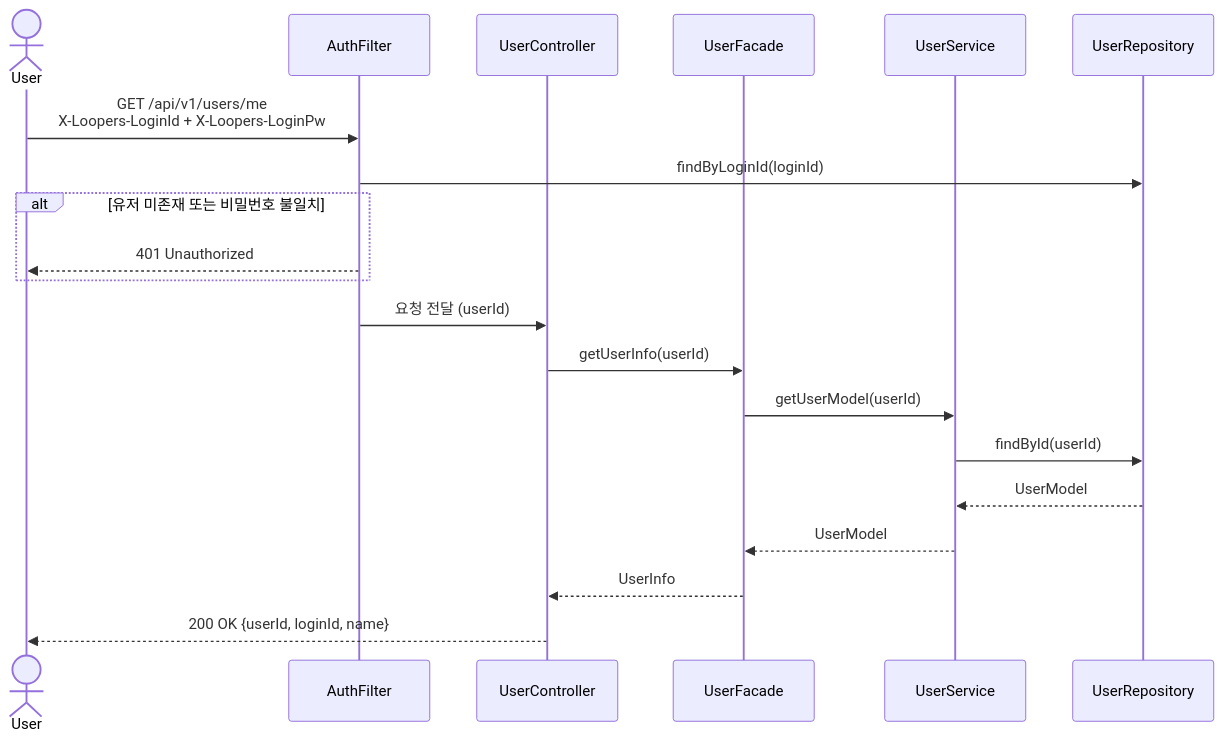
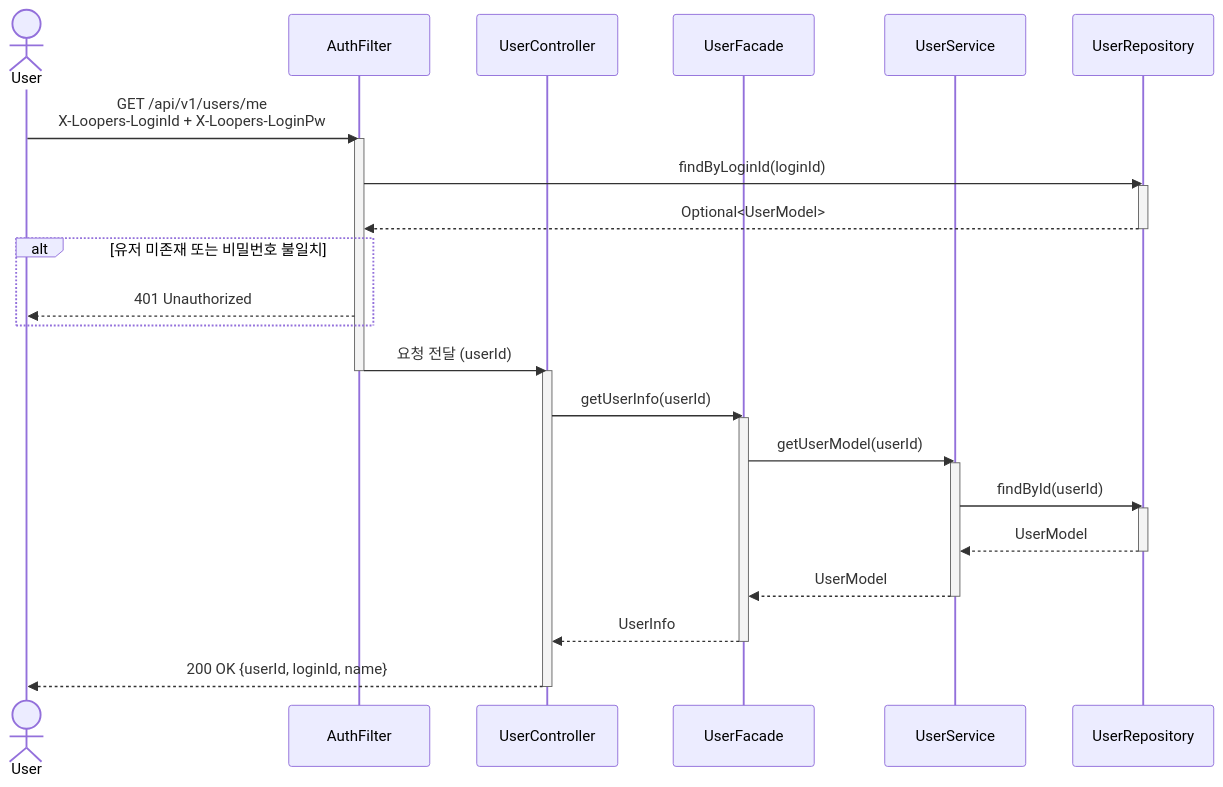
Before and after one commit to loopers-labs/loop-pack-be-l2-vol4-java: the second of 25 diagrams in .docs/design/02-sequence-diagrams.md, drawn with Mermaid. The commit also changed other lines of this file and 5 other files, not shown here.

````diff
--- a/.docs/design/02-sequence-diagrams.md
+++ b/.docs/design/02-sequence-diagrams.md
@@ -105,26 +124,38 @@
 ```mermaid
 sequenceDiagram
     actor User
     participant AF as AuthFilter
     participant UC as UserController
     participant UF as UserFacade
     participant US as UserService
     participant UR as UserRepository
 
     User->>AF: GET /api/v1/users/me<br/>X-Loopers-LoginId + X-Loopers-LoginPw
-
+    activate AF
     AF->>UR: findByLoginId(loginId)
+    activate UR
+    UR-->>AF: Optional<UserModel>
+    deactivate UR
     alt 유저 미존재 또는 비밀번호 불일치
         AF-->>User: 401 Unauthorized
     end
     AF->>UC: 요청 전달 (userId)
+    deactivate AF
+    activate UC
 
     UC->>UF: getUserInfo(userId)
+    activate UF
     UF->>US: getUserModel(userId)
+    activate US
     US->>UR: findById(userId)
+    activate UR
     UR-->>US: UserModel
+    deactivate UR
     US-->>UF: UserModel
+    deactivate US
 
     UF-->>UC: UserInfo
+    deactivate UF
     UC-->>User: 200 OK {userId, loginId, name}
+    deactivate UC
 ```
````
